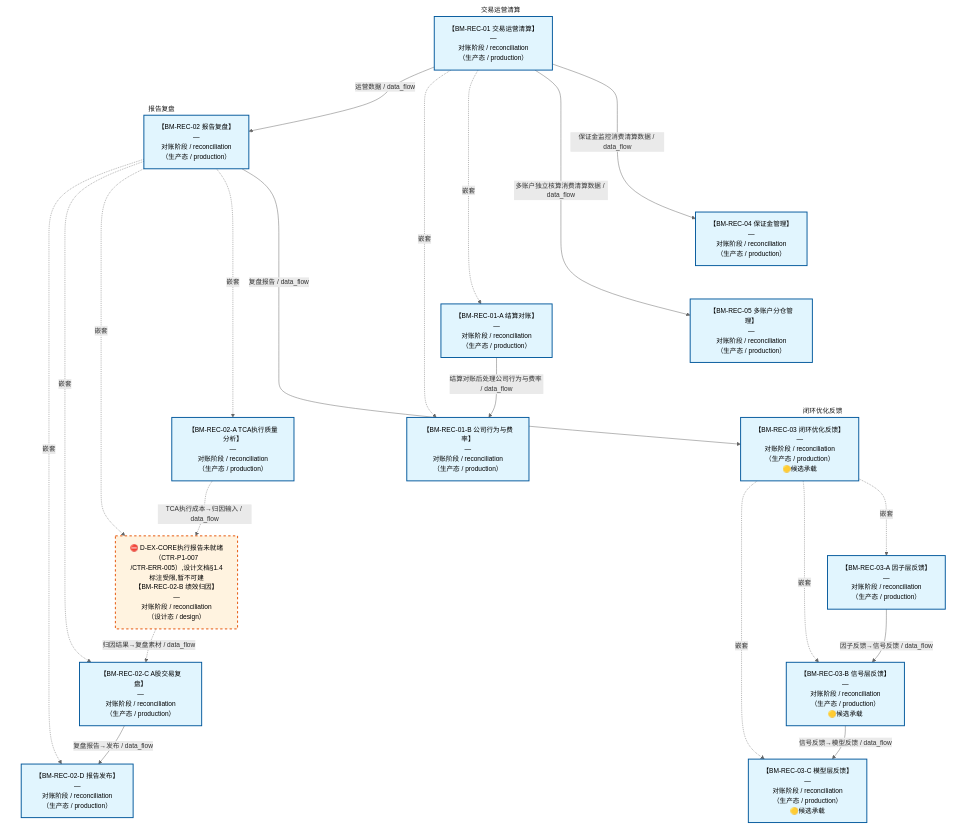
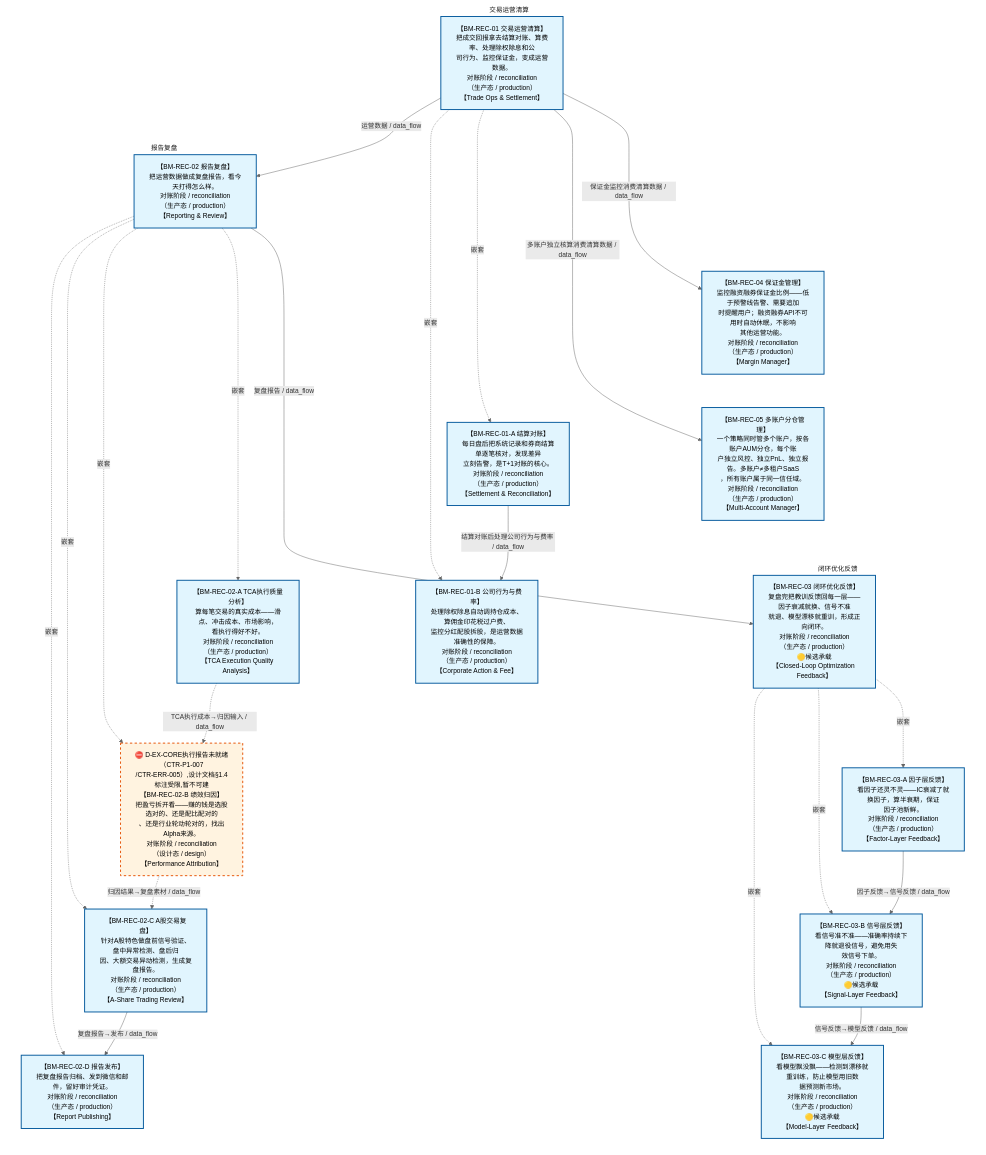
One commit to xuanFelixVan/ZephyrAlpha changed the diagram in docs/02_enterprise_architecture/07_trading_decision_architecture/battle_map/battle_map_11_reconciliation.md. Above: the diagram before and after it, drawn with Mermaid. The commit also changed other lines of this file and 13 other files, not shown here.

````diff
--- a/docs/02_enterprise_architecture/07_trading_decision_architecture/battle_map/battle_map_11_reconciliation.md
+++ b/docs/02_enterprise_architecture/07_trading_decision_architecture/battle_map/battle_map_11_reconciliation.md
@@ -38,54 +38,54 @@
 ```mermaid
 %%{init: {'theme': 'base', 'themeVariables': {'primaryColor': '#eaeaea', 'primaryTextColor': '#333333', 'primaryBorderColor': '#666666', 'lineColor': '#666666', 'secondaryColor': '#eaeaea', 'tertiaryColor': '#eaeaea', 'clusterBkg': 'transparent', 'clusterBorder': 'transparent', 'fontSize': '14px'}}}%%
 %% 对账阶段图
 flowchart TD
     subgraph sg_BM_REC_01 ["交易运营清算"]
-        BM_REC_01["【BM-REC-01 交易运营清算】<br/>—<br/>对账阶段 / reconciliation<br/>（生产态 / production）"]
-        BM_REC_01_A["【BM-REC-01-A 结算对账】<br/>—<br/>对账阶段 / reconciliation<br/>（生产态 / production）"]
-        BM_REC_01_B["【BM-REC-01-B 公司行为与费率】<br/>—<br/>对账阶段 / reconciliation<br/>（生产态 / production）"]
+        BM_REC_01["【BM-REC-01 交易运营清算】<br/>把成交回报拿去结算对账、算费率、处理除权除息和公<br/>司行为、监控保证金，变成运营数据。<br/>对账阶段 / reconciliation<br/>（生产态 / production）<br/>【Trade Ops &amp; Settlement】"]
+        BM_REC_01_A["【BM-REC-01-A 结算对账】<br/>每日盘后把系统记录和券商结算单逐笔核对，发现差异<br/>立刻告警，是T+1对账的核心。<br/>对账阶段 / reconciliation<br/>（生产态 / production）<br/>【Settlement &amp; Reconciliation】"]
+        BM_REC_01_B["【BM-REC-01-B 公司行为与费率】<br/>处理除权除息自动调持仓成本、算佣金印花税过户费、<br/>监控分红配股拆股，是运营数据准确性的保障。<br/>对账阶段 / reconciliation<br/>（生产态 / production）<br/>【Corporate Action &amp; Fee】"]
         BM_REC_01 -.->|嵌套| BM_REC_01_A
         BM_REC_01 -.->|嵌套| BM_REC_01_B
     end
     subgraph sg_BM_REC_02 ["报告复盘"]
-        BM_REC_02["【BM-REC-02 报告复盘】<br/>—<br/>对账阶段 / reconciliation<br/>（生产态 / production）"]
-        BM_REC_02_A["【BM-REC-02-A TCA执行质量分析】<br/>—<br/>对账阶段 / reconciliation<br/>（生产态 / production）"]
-        BM_REC_02_B["⛔ D-EX-CORE执行报告未就绪（CTR-P1-007<br/>/CTR-ERR-005）,设计文档§1.4标注受限,暂不可建<br/>【BM-REC-02-B 绩效归因】<br/>—<br/>对账阶段 / reconciliation<br/>（设计态 / design）"]
-        BM_REC_02_C["【BM-REC-02-C A股交易复盘】<br/>—<br/>对账阶段 / reconciliation<br/>（生产态 / production）"]
-        BM_REC_02_D["【BM-REC-02-D 报告发布】<br/>—<br/>对账阶段 / reconciliation<br/>（生产态 / production）"]
+        BM_REC_02["【BM-REC-02 报告复盘】<br/>把运营数据做成复盘报告，看今天打得怎么样。<br/>对账阶段 / reconciliation<br/>（生产态 / production）<br/>【Reporting &amp; Review】"]
+        BM_REC_02_A["【BM-REC-02-A TCA执行质量分析】<br/>算每笔交易的真实成本——滑点、冲击成本、市场影响，<br/>看执行得好不好。<br/>对账阶段 / reconciliation<br/>（生产态 / production）<br/>【TCA Execution Quality Analysis】"]
+        BM_REC_02_B["⛔ D-EX-CORE执行报告未就绪（CTR-P1-007<br/>/CTR-ERR-005）,设计文档§1.4标注受限,暂不可建<br/>【BM-REC-02-B 绩效归因】<br/>把盈亏拆开看——赚的钱是选股选对的、还是配比配对的<br/>、还是行业轮动轮对的，找出Alpha来源。<br/>对账阶段 / reconciliation<br/>（设计态 / design）<br/>【Performance Attribution】"]
+        BM_REC_02_C["【BM-REC-02-C A股交易复盘】<br/>针对A股特色做盘前信号验证、盘中异常检测、盘后归<br/>因、大额交易异动检测，生成复盘报告。<br/>对账阶段 / reconciliation<br/>（生产态 / production）<br/>【A-Share Trading Review】"]
+        BM_REC_02_D["【BM-REC-02-D 报告发布】<br/>把复盘报告归档、发到微信和邮件，留好审计凭证。<br/>对账阶段 / reconciliation<br/>（生产态 / production）<br/>【Report Publishing】"]
         BM_REC_02 -.->|嵌套| BM_REC_02_A
         BM_REC_02 -.->|嵌套| BM_REC_02_B
         BM_REC_02 -.->|嵌套| BM_REC_02_C
         BM_REC_02 -.->|嵌套| BM_REC_02_D
     end
     subgraph sg_BM_REC_03 ["闭环优化反馈"]
-        BM_REC_03["【BM-REC-03 闭环优化反馈】<br/>—<br/>对账阶段 / reconciliation<br/>（生产态 / production）<br/>🟡候选承载"]
-        BM_REC_03_A["【BM-REC-03-A 因子层反馈】<br/>—<br/>对账阶段 / reconciliation<br/>（生产态 / production）"]
-        BM_REC_03_B["【BM-REC-03-B 信号层反馈】<br/>—<br/>对账阶段 / reconciliation<br/>（生产态 / production）<br/>🟡候选承载"]
-        BM_REC_03_C["【BM-REC-03-C 模型层反馈】<br/>—<br/>对账阶段 / reconciliation<br/>（生产态 / production）<br/>🟡候选承载"]
+        BM_REC_03["【BM-REC-03 闭环优化反馈】<br/>复盘完把教训反馈回每一层——因子衰减就换、信号不准<br/>就退、模型漂移就重训，形成正向闭环。<br/>对账阶段 / reconciliation<br/>（生产态 / production）<br/>🟡候选承载<br/>【Closed-Loop Optimization Feedback】"]
+        BM_REC_03_A["【BM-REC-03-A 因子层反馈】<br/>看因子还灵不灵——IC衰减了就换因子，算半衰期，保证<br/>因子池新鲜。<br/>对账阶段 / reconciliation<br/>（生产态 / production）<br/>【Factor-Layer Feedback】"]
+        BM_REC_03_B["【BM-REC-03-B 信号层反馈】<br/>看信号准不准——准确率持续下降就退役信号，避免用失<br/>效信号下单。<br/>对账阶段 / reconciliation<br/>（生产态 / production）<br/>🟡候选承载<br/>【Signal-Layer Feedback】"]
+        BM_REC_03_C["【BM-REC-03-C 模型层反馈】<br/>看模型飘没飘——检测到漂移就重训练，防止模型用旧数<br/>据预测新市场。<br/>对账阶段 / reconciliation<br/>（生产态 / production）<br/>🟡候选承载<br/>【Model-Layer Feedback】"]
         BM_REC_03 -.->|嵌套| BM_REC_03_A
         BM_REC_03 -.->|嵌套| BM_REC_03_B
         BM_REC_03 -.->|嵌套| BM_REC_03_C
     end
-    BM_REC_04["【BM-REC-04 保证金管理】<br/>—<br/>对账阶段 / reconciliation<br/>（生产态 / production）"]
-    BM_REC_05["【BM-REC-05 多账户分仓管理】<br/>—<br/>对账阶段 / reconciliation<br/>（生产态 / production）"]
+    BM_REC_04["【BM-REC-04 保证金管理】<br/>监控融资融券保证金比例——低于预警线告警、需要追加<br/>时提醒用户；融资融券API不可用时自动休眠，不影响<br/>其他运营功能。<br/>对账阶段 / reconciliation<br/>（生产态 / production）<br/>【Margin Manager】"]
+    BM_REC_05["【BM-REC-05 多账户分仓管理】<br/>一个策略同时管多个账户，按各账户AUM分仓，每个账<br/>户独立风控、独立PnL、独立报告。多账户≠多租户SaaS<br/>，所有账户属于同一信任域。<br/>对账阶段 / reconciliation<br/>（生产态 / production）<br/>【Multi-Account Manager】"]
     BM_REC_01 ~~~ BM_REC_01_A ~~~ BM_REC_02_A ~~~ BM_REC_03_A
     BM_REC_02 ~~~ BM_REC_04 ~~~ BM_REC_05 ~~~ BM_REC_01_B ~~~ BM_REC_02_B ~~~ BM_REC_03_B
     BM_REC_03 ~~~ BM_REC_02_C ~~~ BM_REC_03_C
     BM_REC_01 -->|运营数据 / data_flow| BM_REC_02
     BM_REC_02 -->|复盘报告 / data_flow| BM_REC_03
     BM_REC_01 -->|保证金监控消费清算数据 / data_flow| BM_REC_04
     BM_REC_01 -->|多账户独立核算消费清算数据 / data_flow| BM_REC_05
     BM_REC_01_A -->|结算对账后处理公司行为与费率 / data_flow| BM_REC_01_B
     BM_REC_02_A -.->|TCA执行成本→归因输入 / data_flow| BM_REC_02_B
     BM_REC_02_B -.->|归因结果→复盘素材 / data_flow| BM_REC_02_C
     BM_REC_02_C -->|复盘报告→发布 / data_flow| BM_REC_02_D
     BM_REC_03_A -->|因子反馈→信号反馈 / data_flow| BM_REC_03_B
     BM_REC_03_B -->|信号反馈→模型反馈 / data_flow| BM_REC_03_C
 classDef production fill:#e1f5fe,stroke:#01579b,stroke-width:2px,color:#000
 classDef design fill:#fff3e0,stroke:#e65100,stroke-width:2px,color:#000,stroke-dasharray: 5 5
 classDef deprecated fill:#ffebee,stroke:#c62828,stroke-width:2px,color:#000
 classDef missing fill:#eeeeee,stroke:#9e9e9e,stroke-width:2px,color:#000
 classDef candidate fill:#fffde7,stroke:#f9a825,stroke-width:2px,color:#000,stroke-dasharray: 5 5
     class BM_REC_01,BM_REC_02,BM_REC_03,BM_REC_04,BM_REC_05,BM_REC_01_A,BM_REC_01_B,BM_REC_02_A,BM_REC_02_C,BM_REC_02_D,BM_REC_03_A,BM_REC_03_B,BM_REC_03_C production
     class BM_REC_02_B design
 ```
````
